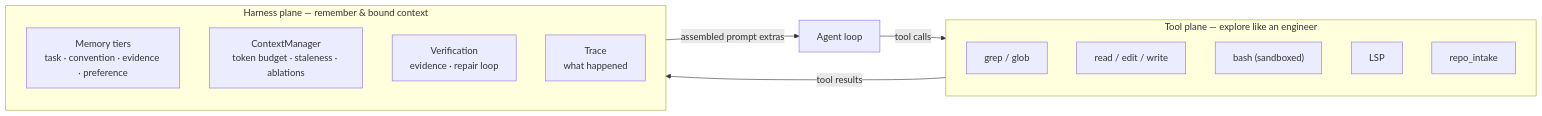
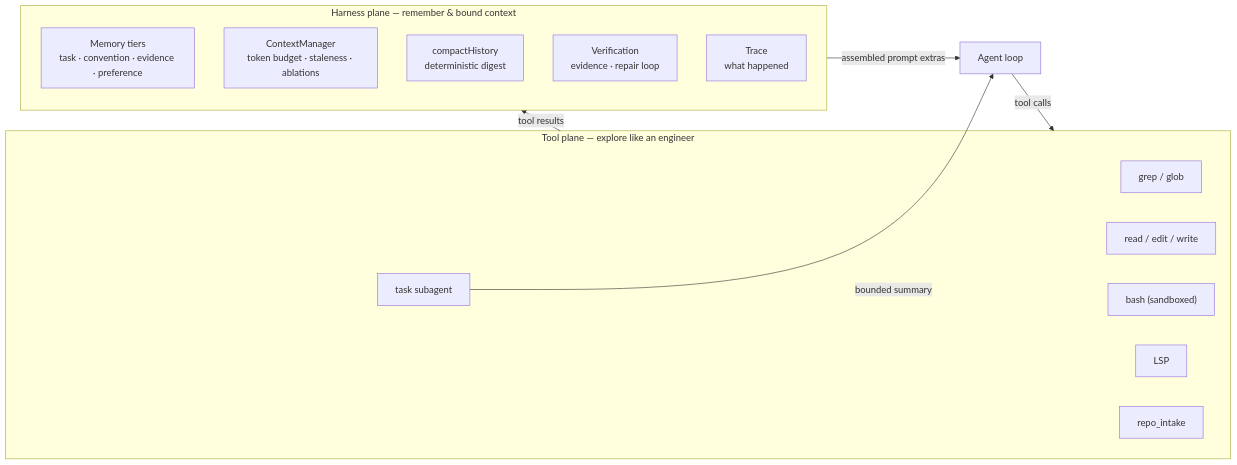
One commit to rajofearth/CodeRush2.0_TeamKnull changed the second of 10 diagrams in docs/ARCHITECTURE.md. Above: the diagram before and after it, drawn with Mermaid. The commit also changed other lines of this file, not shown here.

Commit message:
updated architecture file

````diff
--- a/docs/ARCHITECTURE.md
+++ b/docs/ARCHITECTURE.md
@@ -86,21 +106,24 @@
 ```mermaid
 flowchart LR
   subgraph TP["Tool plane — explore like an engineer"]
     G["grep / glob"]
     R["read / edit / write"]
     B["bash (sandboxed)"]
     L["LSP"]
     I["repo_intake"]
+    T["task subagent"]
   end
 
   subgraph HP["Harness plane — remember & bound context"]
     M["Memory tiers<br/>task · convention · evidence · preference"]
     C["ContextManager<br/>token budget · staleness · ablations"]
+    CH["compactHistory<br/>deterministic digest"]
     V["Verification<br/>evidence · repair loop"]
-    T["Trace<br/>what happened"]
+    TR["Trace<br/>what happened"]
   end
 
   TP -->|"tool results"| HP
   HP -->|"assembled prompt extras"| Adapter["Agent loop"]
   Adapter -->|"tool calls"| TP
+  T -->|"bounded summary"| Adapter
 ```
````
